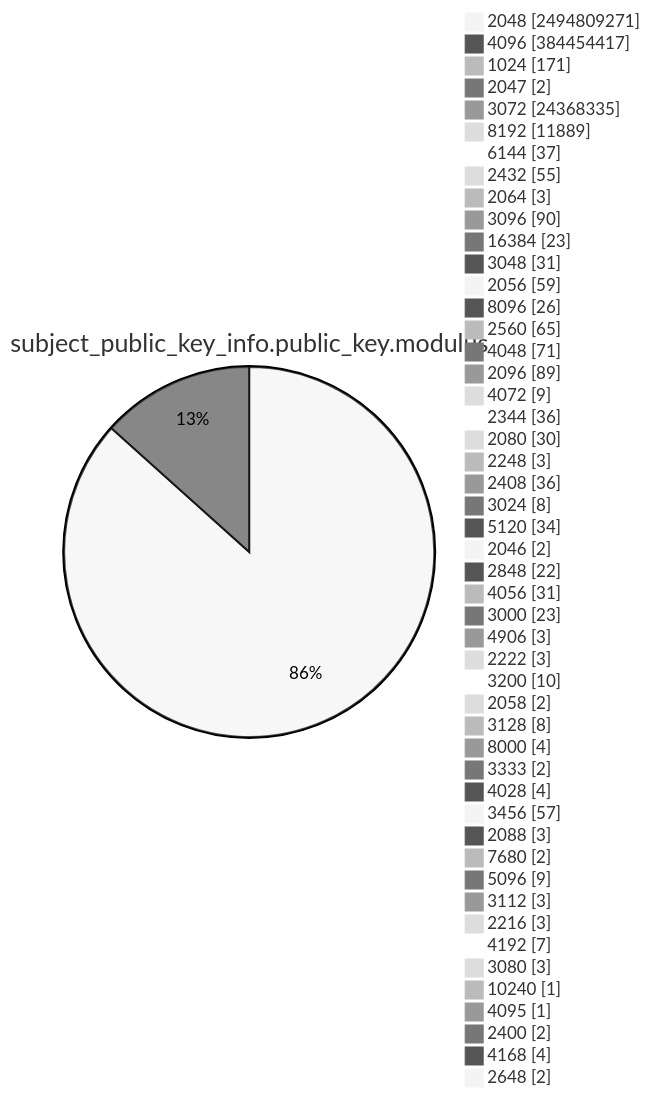
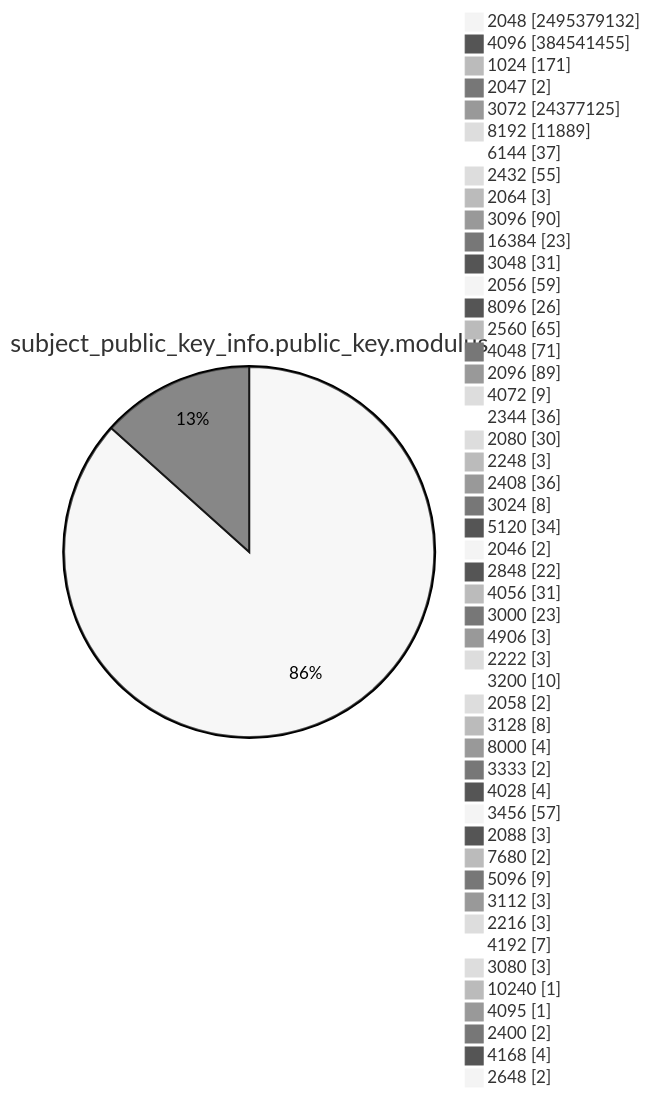
Diagram 13 of 15 in TOTAL/README.md (christiankrug/ctmonitor_visualization), drawn with Mermaid (neutral theme) before and after one commit. The commit also changed other lines of this file, not shown here.

````diff
--- a/TOTAL/README.md
+++ b/TOTAL/README.md
@@ -4169,53 +4169,53 @@
 ```mermaid
 pie showData
 title subject_public_key_info.public_key.modulus
-"2048" :2494809271
-"4096" :384454417
+"2048" :2495379132
+"4096" :384541455
 "1024" :171
 "2047" :2
-"3072" :24368335
+"3072" :24377125
 "8192" :11889
 "6144" :37
 "2432" :55
 "2064" :3
 "3096" :90
 "16384" :23
 "3048" :31
 "2056" :59
 "8096" :26
 "2560" :65
 "4048" :71
 "2096" :89
 "4072" :9
 "2344" :36
 "2080" :30
 "2248" :3
 "2408" :36
 "3024" :8
 "5120" :34
 "2046" :2
 "2848" :22
 "4056" :31
 "3000" :23
 "4906" :3
 "2222" :3
 "3200" :10
 "2058" :2
 "3128" :8
 "8000" :4
 "3333" :2
 "4028" :4
 "3456" :57
 "2088" :3
 "7680" :2
 "5096" :9
 "3112" :3
 "2216" :3
 "4192" :7
 "3080" :3
 "10240" :1
 "4095" :1
 "2400" :2
 "4168" :4
 "2648" :2
 ```
````
